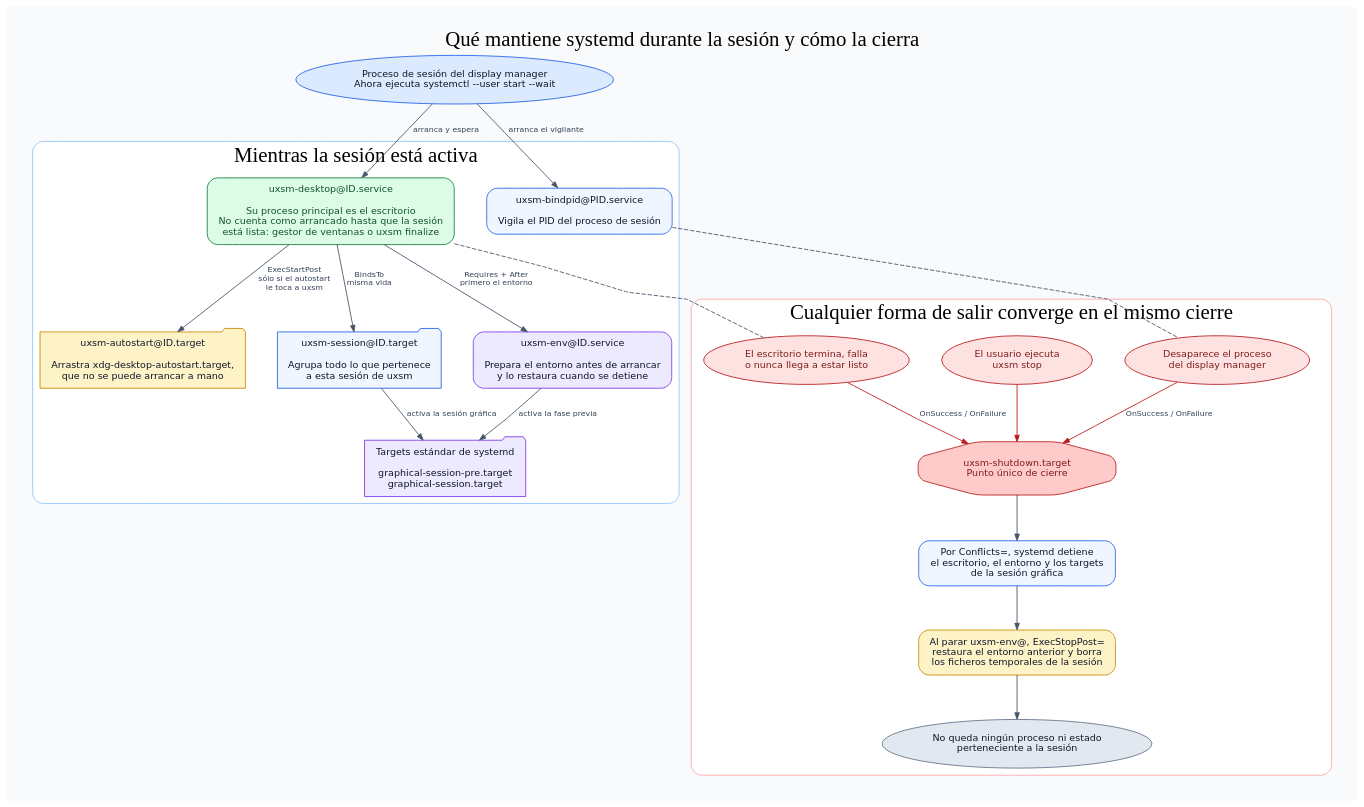
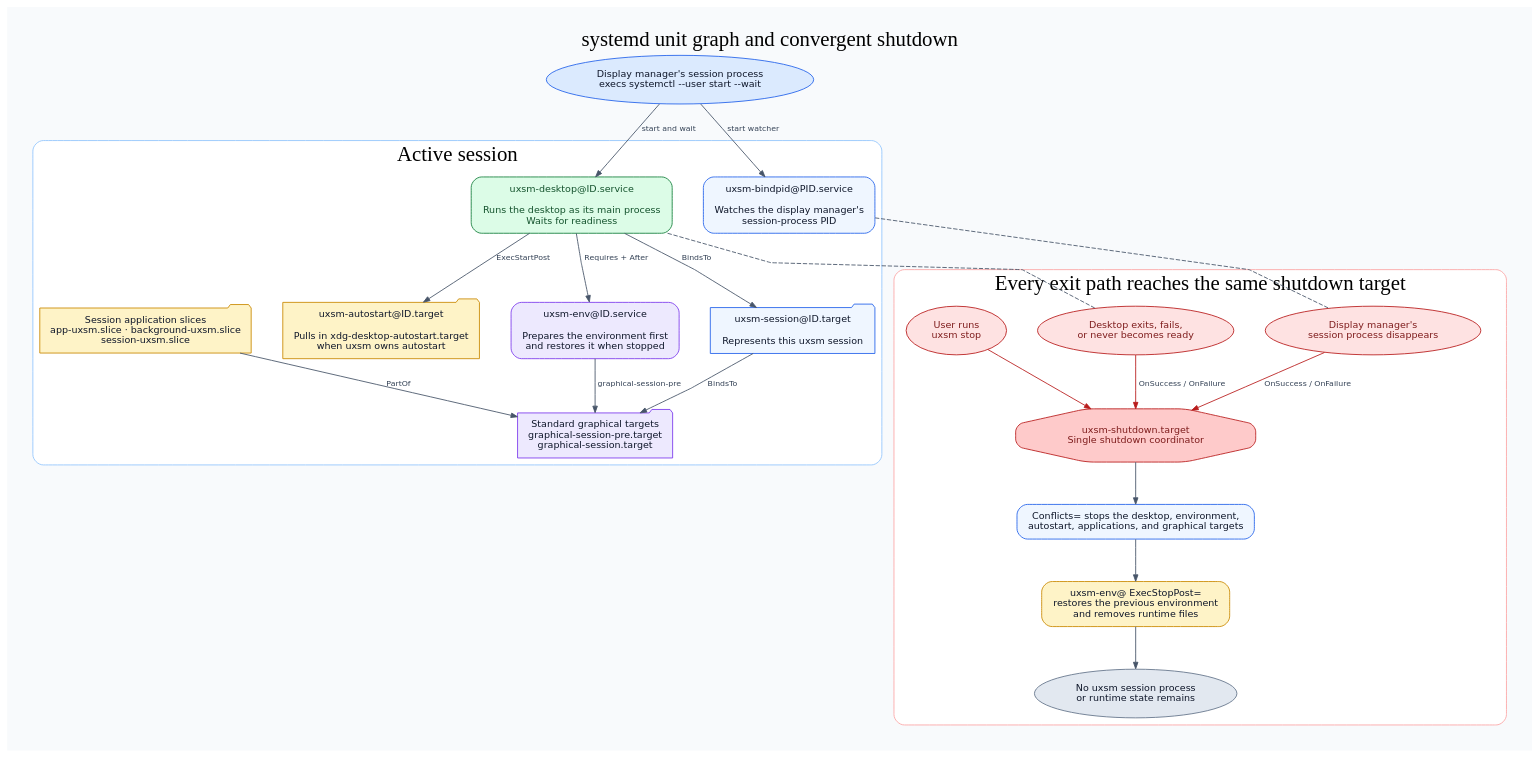
The diagram in docs/flows/systemd-lifecycle.dot (heizeisaburou/uxsm), drawn with Graphviz before and after one commit. The commit also changed 13 other files, not shown here.

Commit message:
Documentación en inglés y diagramas rehechos

```diff
--- a/docs/flows/systemd-lifecycle.dot
+++ b/docs/flows/systemd-lifecycle.dot
@@ -1,79 +1,82 @@
 digraph systemd_lifecycle {
   graph [
-    label="Qué mantiene systemd durante la sesión y cómo la cierra",
+    label="systemd unit graph and convergent shutdown",
     labelloc=t,
     fontsize=24,
     fontname="DejaVu Sans Bold",
     bgcolor="#f8fafc",
     pad=0.30,
-    nodesep=0.52,
-    ranksep=0.68,
-    splines=polyline
+    nodesep=0.50,
+    ranksep=0.66,
+    splines=polyline,
+    newrank=true
   ];
   node [shape=box, style="rounded,filled", fontname="DejaVu Sans", fontsize=11,
         color="#2563eb", fillcolor="#eff6ff", fontcolor="#0f172a", margin="0.16,0.11"];
   edge [fontname="DejaVu Sans", fontsize=9, color="#475569", fontcolor="#334155", arrowsize=0.75];
 
   login [shape=oval, fillcolor="#dbeafe",
-         label="Proceso de sesión del display manager\nAhora ejecuta systemctl --user start --wait"];
+         label="Display manager's session process\nexecs systemctl --user start --wait"];
 
   subgraph cluster_active {
-    label="Mientras la sesión está activa";
+    label="Active session";
     color="#93c5fd";
     style="rounded,filled";
     fillcolor="#ffffff";
     fontname="DejaVu Sans Bold";
 
-    bind [label="uxsm-bindpid@PID.service\n\nVigila el PID del proceso de sesión"];
+    bind [label="uxsm-bindpid@PID.service\n\nWatches the display manager's\nsession-process PID"];
     env [fillcolor="#ede9fe", color="#7c3aed",
-         label="uxsm-env@ID.service\n\nPrepara el entorno antes de arrancar\ny lo restaura cuando se detiene"];
+         label="uxsm-env@ID.service\n\nPrepares the environment first\nand restores it when stopped"];
     desktop [fillcolor="#dcfce7", color="#15803d", fontcolor="#14532d",
-             label="uxsm-desktop@ID.service\n\nSu proceso principal es el escritorio\nNo cuenta como arrancado hasta que la sesión\nestá lista: gestor de ventanas o uxsm finalize"];
+             label="uxsm-desktop@ID.service\n\nRuns the desktop as its main process\nWaits for readiness"];
     session [shape=folder,
-             label="uxsm-session@ID.target\n\nAgrupa todo lo que pertenece\na esta sesión de uxsm"];
-    standards [shape=folder, fillcolor="#ede9fe", color="#7c3aed",
-               label="Targets estándar de systemd\n\ngraphical-session-pre.target\ngraphical-session.target"];
+             label="uxsm-session@ID.target\n\nRepresents this uxsm session"];
+    graphical [shape=folder, fillcolor="#ede9fe", color="#7c3aed",
+               label="Standard graphical targets\ngraphical-session-pre.target\ngraphical-session.target"];
     autostart [shape=folder, fillcolor="#fef3c7", color="#ca8a04",
-               label="uxsm-autostart@ID.target\n\nArrastra xdg-desktop-autostart.target,\nque no se puede arrancar a mano"];
+               label="uxsm-autostart@ID.target\n\nPulls in xdg-desktop-autostart.target\nwhen uxsm owns autostart"];
+    apps [shape=folder, fillcolor="#fef3c7", color="#ca8a04",
+          label="Session application slices\napp-uxsm.slice · background-uxsm.slice\nsession-uxsm.slice"];
 
-    desktop -> env [label=" Requires + After\nprimero el entorno "];
-    desktop -> session [label=" BindsTo\nmisma vida "];
-    session -> standards [label=" activa la sesión gráfica "];
-    desktop -> autostart [label=" ExecStartPost\nsólo si el autostart\nle toca a uxsm "];
-    env -> standards [label=" activa la fase previa "];
+    desktop -> env [label=" Requires + After "];
+    desktop -> session [label=" BindsTo "];
+    session -> graphical [label=" BindsTo "];
+    desktop -> autostart [label=" ExecStartPost "];
+    apps -> graphical [label=" PartOf "];
+    env -> graphical [label=" graphical-session-pre "];
   }
 
   subgraph cluster_shutdown {
-    label="Cualquier forma de salir converge en el mismo cierre";
+    label="Every exit path reaches the same shutdown target";
     color="#fca5a5";
     style="rounded,filled";
     fillcolor="#ffffff";
     fontname="DejaVu Sans Bold";
 
     quit [shape=oval, color="#b91c1c", fillcolor="#fee2e2", fontcolor="#7f1d1d",
-          label="El escritorio termina, falla\no nunca llega a estar listo"];
+          label="Desktop exits, fails,\nor never becomes ready"];
     killed [shape=oval, color="#b91c1c", fillcolor="#fee2e2", fontcolor="#7f1d1d",
-            label="Desaparece el proceso\ndel display manager"];
+            label="Display manager's\nsession process disappears"];
     stop [shape=oval, color="#b91c1c", fillcolor="#fee2e2", fontcolor="#7f1d1d",
-          label="El usuario ejecuta\nuxsm stop"];
+          label="User runs\nuxsm stop"];
     shutdown [shape=octagon, color="#b91c1c", fillcolor="#fecaca", fontcolor="#7f1d1d",
-              label="uxsm-shutdown.target\nPunto único de cierre"];
-    stopunits [label="Por Conflicts=, systemd detiene\nel escritorio, el entorno y los targets\nde la sesión gráfica"];
+              label="uxsm-shutdown.target\nSingle shutdown coordinator"];
+    stopunits [label="Conflicts= stops the desktop, environment,\nautostart, applications, and graphical targets"];
     cleanup [fillcolor="#fef3c7", color="#ca8a04",
-             label="Al parar uxsm-env@, ExecStopPost=\nrestaura el entorno anterior y borra\nlos ficheros temporales de la sesión"];
+             label="uxsm-env@ ExecStopPost=\nrestores the previous environment\nand removes runtime files"];
     down [shape=oval, fillcolor="#e2e8f0", color="#64748b",
-          label="No queda ningún proceso ni estado\nperteneciente a la sesión"];
+          label="No uxsm session process\nor runtime state remains"];
 
     quit -> shutdown [label=" OnSuccess / OnFailure ", color="#b91c1c"];
     killed -> shutdown [label=" OnSuccess / OnFailure ", color="#b91c1c"];
     stop -> shutdown [color="#b91c1c"];
     shutdown -> stopunits -> cleanup -> down;
-
     {rank=same; quit; killed; stop}
   }
 
-  login -> bind [label=" arranca el vigilante "];
-  login -> desktop [label=" arranca y espera "];
+  login -> bind [label=" start watcher "];
+  login -> desktop [label=" start and wait "];
   desktop -> quit [style=dashed, arrowhead=none];
   bind -> killed [style=dashed, arrowhead=none];
 }
```
